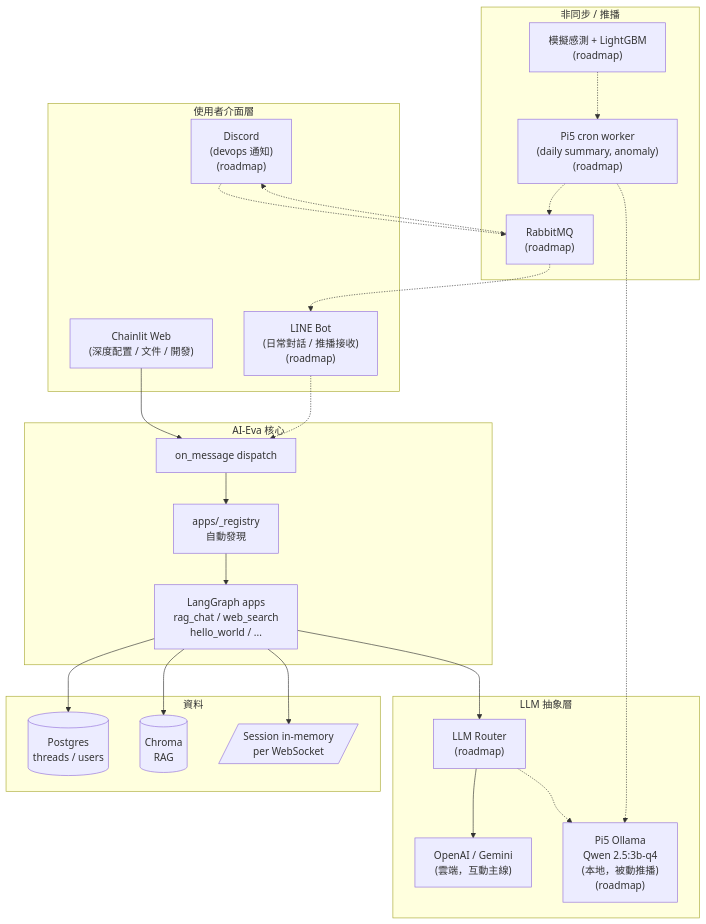
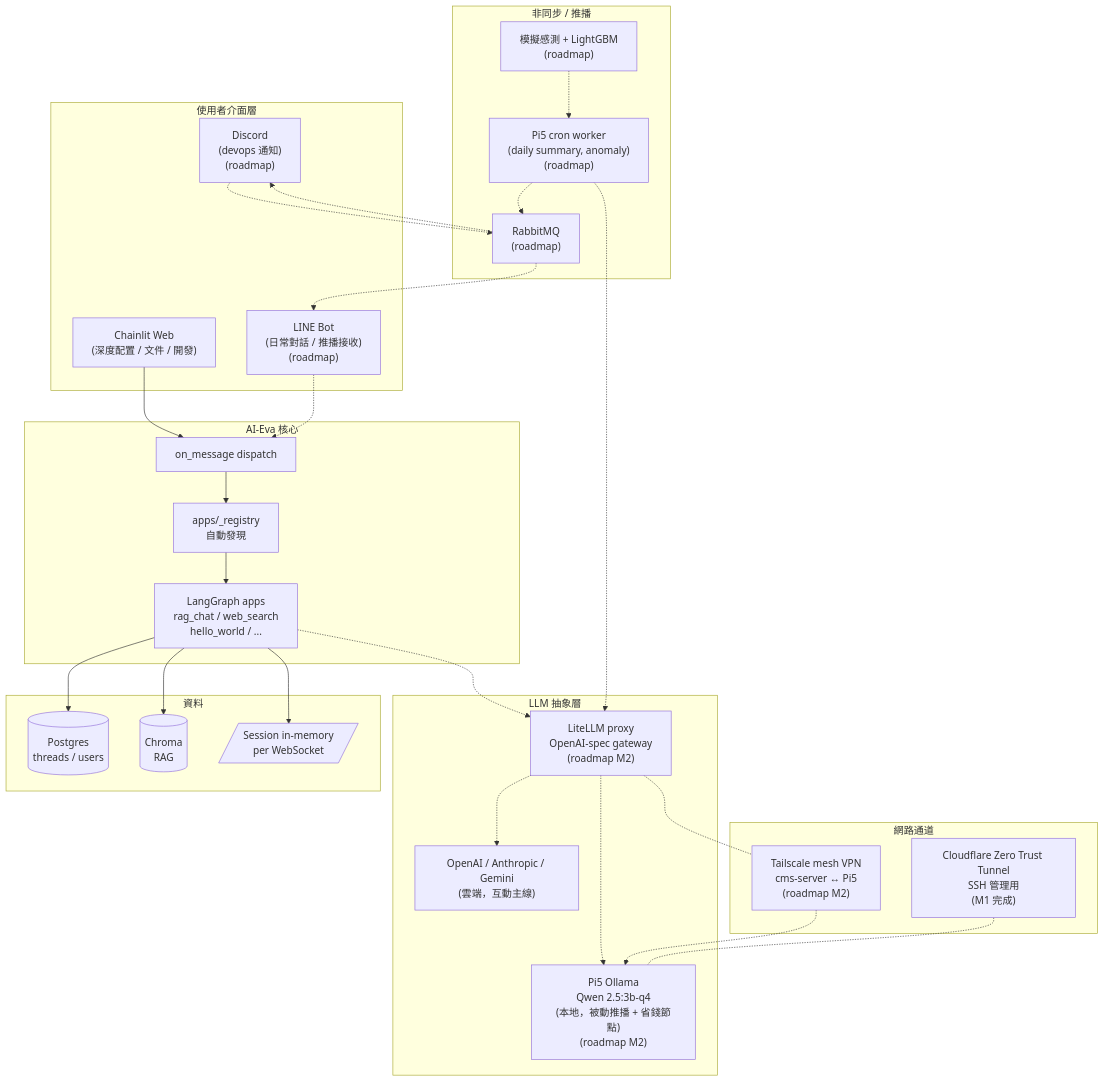
One commit to towNingtek/ai-eva changed the diagram in README.md. Above: the diagram before and after it, drawn with Mermaid. The commit also changed other lines of this file, not shown here.

First line of the commit message:
docs: README 架構圖加入 LiteLLM 與 Tailscale（M2 對齊）

````diff
--- a/README.md
+++ b/README.md
@@ -26,51 +26,60 @@
 ```mermaid
 flowchart TB
     subgraph Surface["使用者介面層"]
         Web["Chainlit Web<br/>(深度配置 / 文件 / 開發)"]
         LINE["LINE Bot<br/>(日常對話 / 推播接收)<br/>(roadmap)"]
         Discord["Discord<br/>(devops 通知)<br/>(roadmap)"]
     end
 
     subgraph Eva["AI-Eva 核心"]
         Dispatch["on_message dispatch"]
         Registry["apps/_registry<br/>自動發現"]
         Apps["LangGraph apps<br/>rag_chat / web_search<br/>hello_world / ..."]
     end
 
     subgraph LLM["LLM 抽象層"]
-        Router["LLM Router<br/>(roadmap)"]
-        OpenAI["OpenAI / Gemini<br/>(雲端，互動主線)"]
-        PiLLM["Pi5 Ollama<br/>Qwen 2.5:3b-q4<br/>(本地，被動推播)<br/>(roadmap)"]
+        LiteLLM["LiteLLM proxy<br/>OpenAI-spec gateway<br/>(roadmap M2)"]
+        OpenAI["OpenAI / Anthropic / Gemini<br/>(雲端，互動主線)"]
+        PiLLM["Pi5 Ollama<br/>Qwen 2.5:3b-q4<br/>(本地，被動推播 + 省錢節點)<br/>(roadmap M2)"]
+    end
+
+    subgraph Net["網路通道"]
+        Tailscale["Tailscale mesh VPN<br/>cms-server ↔ Pi5<br/>(roadmap M2)"]
+        CFTunnel["Cloudflare Zero Trust Tunnel<br/>SSH 管理用<br/>(M1 完成)"]
     end
 
     subgraph Async["非同步 / 推播"]
         RMQ["RabbitMQ<br/>(roadmap)"]
         Cron["Pi5 cron worker<br/>(daily summary, anomaly)<br/>(roadmap)"]
         Sim["模擬感測 + LightGBM<br/>(roadmap)"]
     end
 
     subgraph Store["資料"]
         PG[(Postgres<br/>threads / users)]
         Chroma[(Chroma<br/>RAG)]
         Sess[/Session in-memory<br/>per WebSocket/]
     end
 
     Web --> Dispatch
     LINE -.-> Dispatch
     Discord -.-> RMQ
 
     Dispatch --> Registry --> Apps
-    Apps --> Router
-    Router --> OpenAI
-    Router -.-> PiLLM
+    Apps -.-> LiteLLM
+    LiteLLM -.-> OpenAI
+    LiteLLM -.-> PiLLM
+    LiteLLM -.- Tailscale
+    Tailscale -.-> PiLLM
 
     Apps --> PG
     Apps --> Chroma
     Apps --> Sess
 
     Sim -.-> Cron
-    Cron -.-> PiLLM
+    Cron -.-> LiteLLM
     Cron -.-> RMQ
     RMQ -.-> LINE
     RMQ -.-> Discord
+
+    CFTunnel -.- PiLLM
 ```
````
